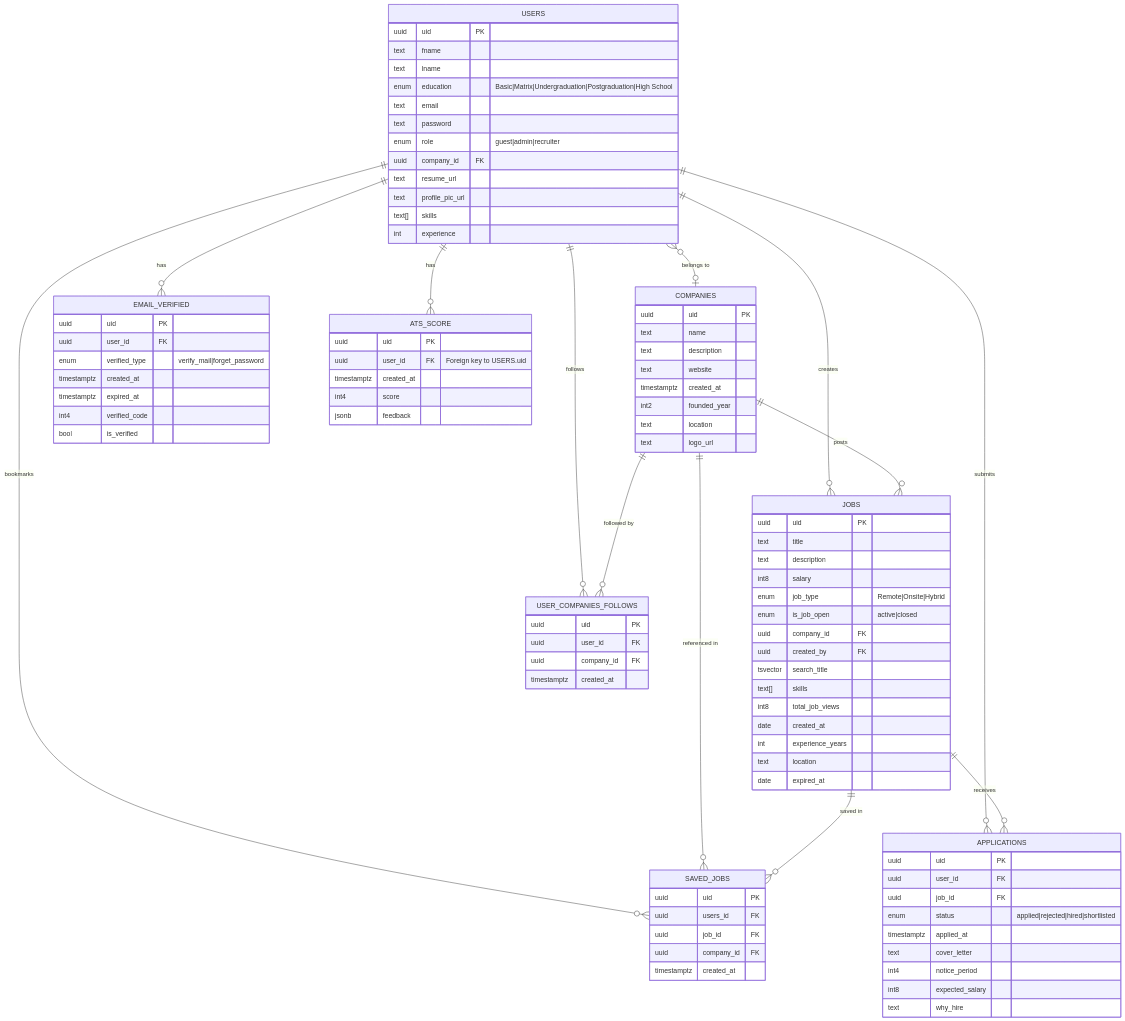
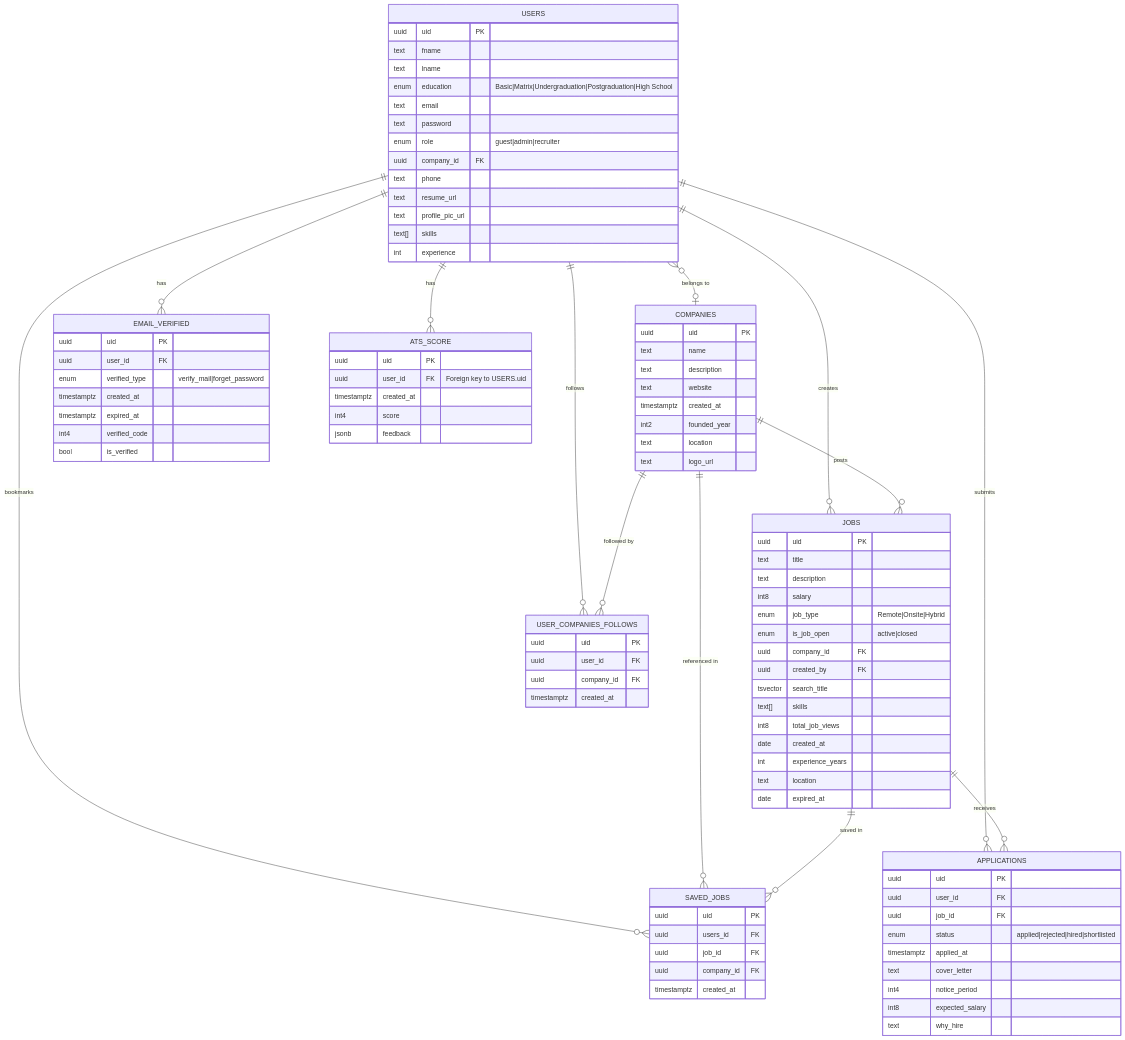
Before and after one commit to tech-dipesh/Yeti-Jobs: the diagram in README.md, drawn with Mermaid. The commit also changed other lines of this file and 15 other files, not shown here.

```diff
--- a/README.md
+++ b/README.md
@@ -291,6 +292,7 @@
     text password
     enum role "guest|admin|recruiter"
     uuid company_id FK
+    text phone
     text resume_url
     text profile_pic_url
     text[] skills
```
